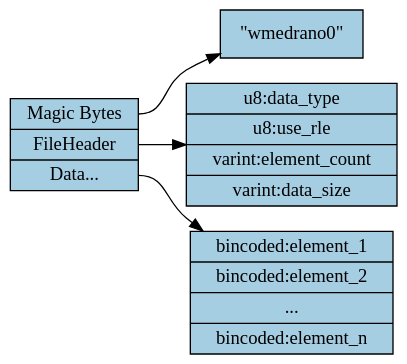
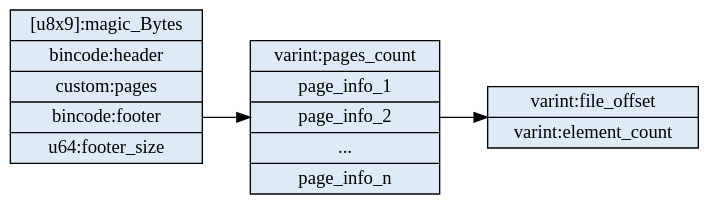
Before and after one commit to wmedrano/wills-columnar-format: the seventh of 9 diagrams in wills-columnar-format.org, drawn with Graphviz. The commit also changed other lines of this file and 11 other files, not shown here.

```diff
--- a/wills-columnar-format.org
+++ b/wills-columnar-format.org
@@ -535,15 +791,12 @@
-#+begin_src dot :file format-diagram.png :exports results :cache yes
-  digraph FormatOverview {
+#+begin_src dot :file format-diagram-footer.png :cache yes
+  digraph Footer {
       bgcolor="transparent";
-      node[colorscheme=paired10, fillcolor=1, color=black, style=filled, shape=record, fontname="fira code"];
-      rankdir=LR;
-      overview[label="<magicbytes> Magic Bytes|<file_header>FileHeader|<data>Data..."];
-      overview:magicbytes -> magicbytes;
-      overview:file_header -> file_header;
-      overview:data -> data;
-
-      magicbytes[label="\"wmedrano0\""];
-      file_header[label="u8:data_type | u8:use_rle | varint:element_count | varint:data_size"];
-      data[label="bincoded:element_1|bincoded:element_2|...|bincoded:element_n"];
+      node[colorscheme=blues3, fillcolor=1, color=black, style=filled, shape=record, fontname="fira code"];
+      rankdir="LR";
+      overview[label="[u8x9]:magic_Bytes|bincode:header|<pages>custom:pages|<footer>bincode:footer|u64:footer_size"];
+      footer[label="varint:pages_count|page_info_1|<page_info_2>page_info_2|...|page_info_n"];
+      page_info[label="varint:file_offset|varint:element_count"];
+      overview:footer -> footer;
+      footer:page_info_2 -> page_info;
   }
 #+end_src
```
